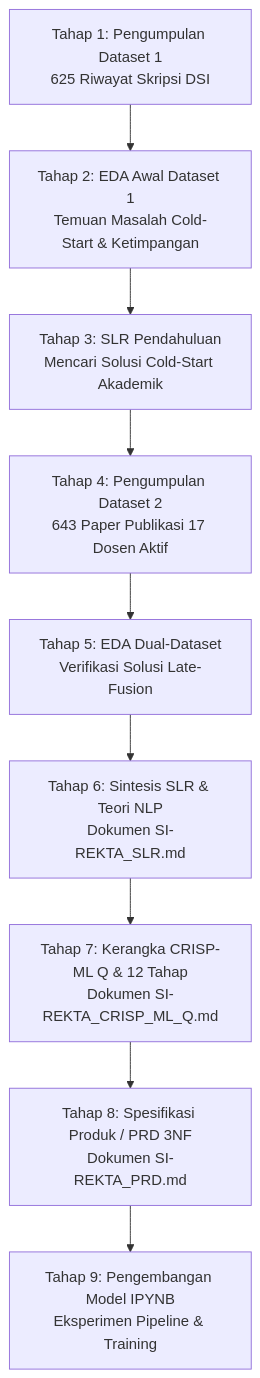
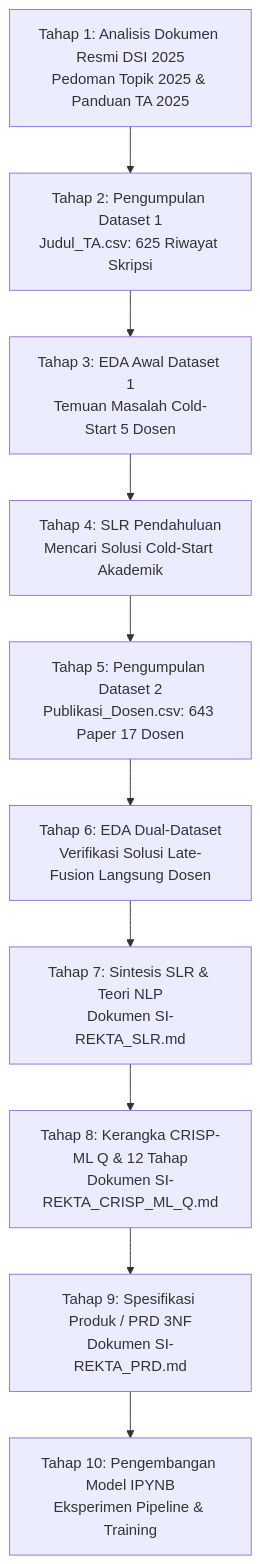
The first of 2 diagrams in docs/Progress_Report_1_SI-REKTA.md (accfd/SI-REKTA), drawn with Mermaid before and after one commit. The commit also changed other lines of this file and 1 other file, not shown here.

Commit message:
docs: sinkronkan PRD dan Progress Report 1 ke pencocokan langsung dosen dan modul panduan topik DSI 2025

````diff
--- a/docs/Progress_Report_1_SI-REKTA.md
+++ b/docs/Progress_Report_1_SI-REKTA.md
@@ -22,11 +22,12 @@
 ```mermaid
 graph TD
-    A[Tahap 1: Pengumpulan Dataset 1<br>625 Riwayat Skripsi DSI] --> B[Tahap 2: EDA Awal Dataset 1<br>Temuan Masalah Cold-Start & Ketimpangan]
-    B --> C[Tahap 3: SLR Pendahuluan<br>Mencari Solusi Cold-Start Akademik]
-    C --> D[Tahap 4: Pengumpulan Dataset 2<br>643 Paper Publikasi 17 Dosen Aktif]
-    D --> E[Tahap 5: EDA Dual-Dataset<br>Verifikasi Solusi Late-Fusion]
-    E --> F[Tahap 6: Sintesis SLR & Teori NLP<br>Dokumen SI-REKTA_SLR.md]
-    F --> G[Tahap 7: Kerangka CRISP-ML Q & 12 Tahap<br>Dokumen SI-REKTA_CRISP_ML_Q.md]
-    G --> H[Tahap 8: Spesifikasi Produk / PRD 3NF<br>Dokumen SI-REKTA_PRD.md]
-    H --> I[Tahap 9: Pengembangan Model IPYNB<br>Eksperimen Pipeline & Training]
+    A[Tahap 1: Analisis Dokumen Resmi DSI 2025<br>Pedoman Topik 2025 & Panduan TA 2025] --> B[Tahap 2: Pengumpulan Dataset 1<br>Judul_TA.csv: 625 Riwayat Skripsi]
+    B --> C[Tahap 3: EDA Awal Dataset 1<br>Temuan Masalah Cold-Start 5 Dosen]
+    C --> D[Tahap 4: SLR Pendahuluan<br>Mencari Solusi Cold-Start Akademik]
+    D --> E[Tahap 5: Pengumpulan Dataset 2<br>Publikasi_Dosen.csv: 643 Paper 17 Dosen]
+    E --> F[Tahap 6: EDA Dual-Dataset<br>Verifikasi Solusi Late-Fusion Langsung Dosen]
+    F --> G[Tahap 7: Sintesis SLR & Teori NLP<br>Dokumen SI-REKTA_SLR.md]
+    G --> H[Tahap 8: Kerangka CRISP-ML Q & 12 Tahap<br>Dokumen SI-REKTA_CRISP_ML_Q.md]
+    H --> I[Tahap 9: Spesifikasi Produk / PRD 3NF<br>Dokumen SI-REKTA_PRD.md]
+    I --> J[Tahap 10: Pengembangan Model IPYNB<br>Eksperimen Pipeline & Training]
 ```
````
